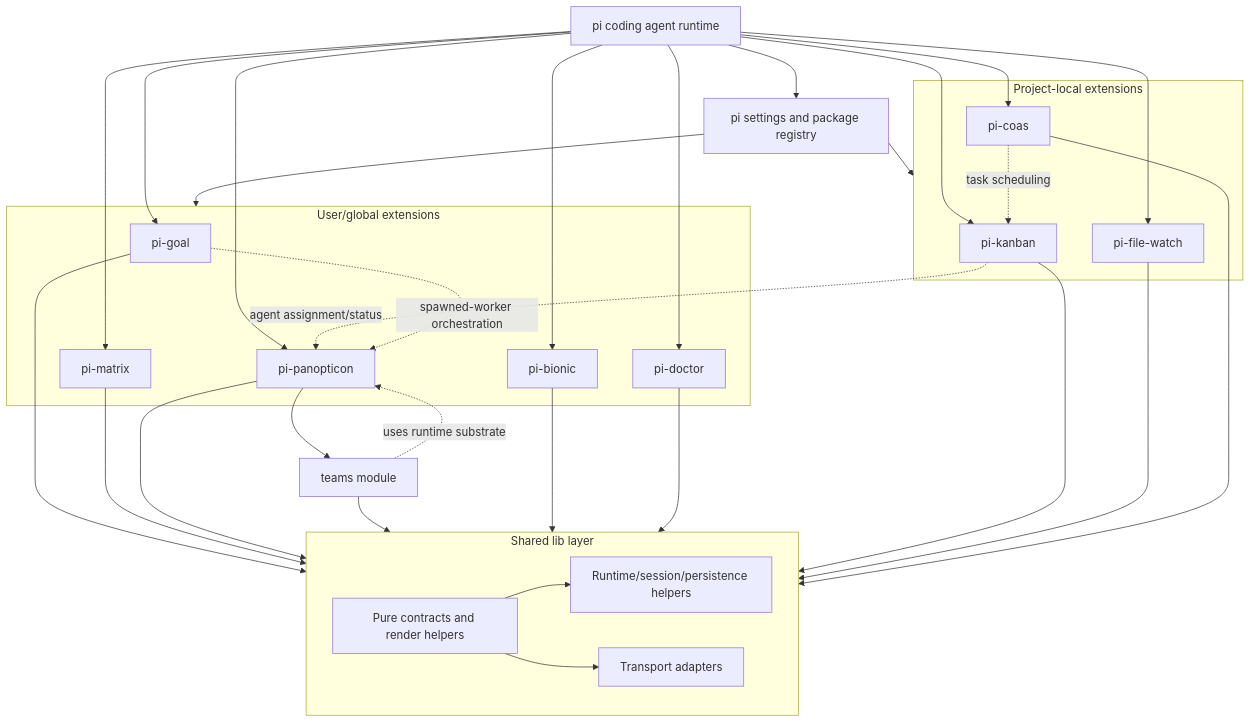
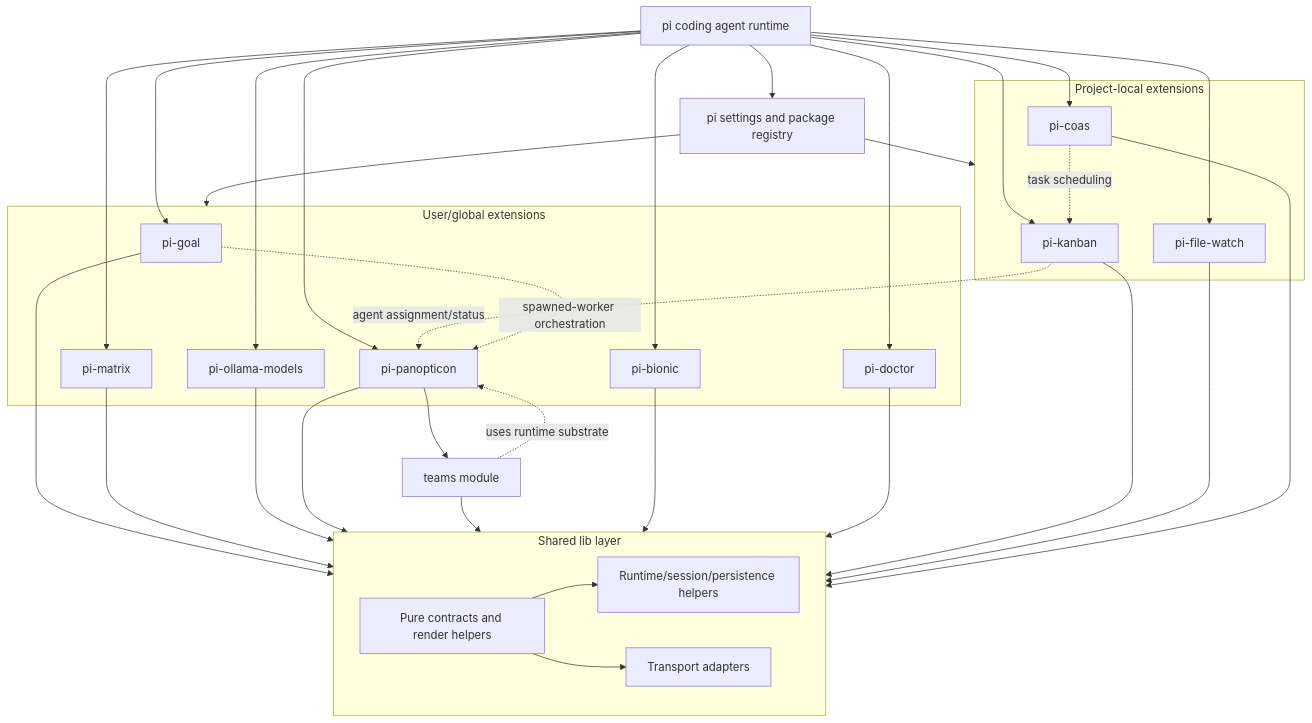
Before and after one commit to tS7hKamAYL84j91/pi-tools-and-skills: the first of 13 diagrams in docs/architecture.md, drawn with Mermaid. The commit also changed other lines of this file and 6 other files, not shown here.

````diff
--- a/docs/architecture.md
+++ b/docs/architecture.md
@@ -57,53 +57,56 @@
 ```mermaid
 flowchart TD
   Pi[pi coding agent runtime] --> Settings[pi settings and package registry]
   Settings --> GlobalExt[User/global extensions]
   Settings --> ProjectExt[Project-local extensions]
 
   subgraph SharedLib[Shared lib layer]
     Core[Pure contracts and render helpers]
     Runtime[Runtime/session/persistence helpers]
     Transports[Transport adapters]
     Core --> Runtime
     Core --> Transports
   end
 
   subgraph GlobalExt[User/global extensions]
     Goal[pi-goal]
     Matrix[pi-matrix]
+    OllamaModels[pi-ollama-models]
     Panopticon[pi-panopticon]
     Bionic[pi-bionic]
     Doctor[pi-doctor]
   end
 
   subgraph ProjectExt[Project-local extensions]
     Kanban[pi-kanban]
     FileWatch[pi-file-watch]
     COAS[pi-coas]
   end
 
   Pi --> Goal
   Pi --> Matrix
+  Pi --> OllamaModels
   Pi --> Panopticon
   Panopticon --> TeamsModule[teams module]
   Pi --> Bionic
   Pi --> Doctor
   Pi --> Kanban
   Pi --> FileWatch
   Pi --> COAS
 
   Goal --> SharedLib
   Matrix --> SharedLib
+  OllamaModels --> SharedLib
   Panopticon --> SharedLib
   TeamsModule --> SharedLib
   Bionic --> SharedLib
   Doctor --> SharedLib
   Kanban --> SharedLib
   FileWatch --> SharedLib
   COAS --> SharedLib
 
   TeamsModule -. uses runtime substrate .-> Panopticon
   Kanban -. agent assignment/status .-> Panopticon
   Goal -. spawned-worker orchestration .-> Panopticon
   COAS -. task scheduling .-> Kanban
 ```
````
